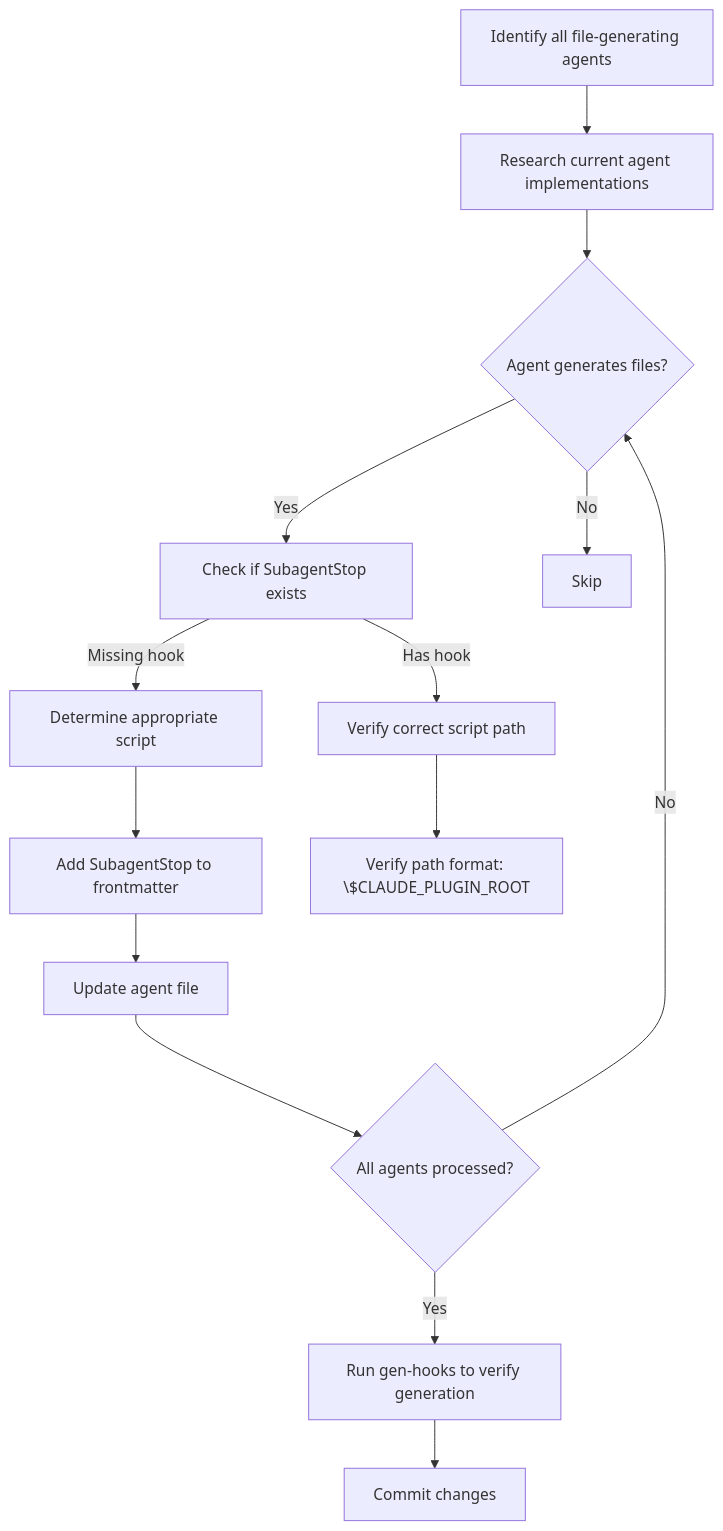
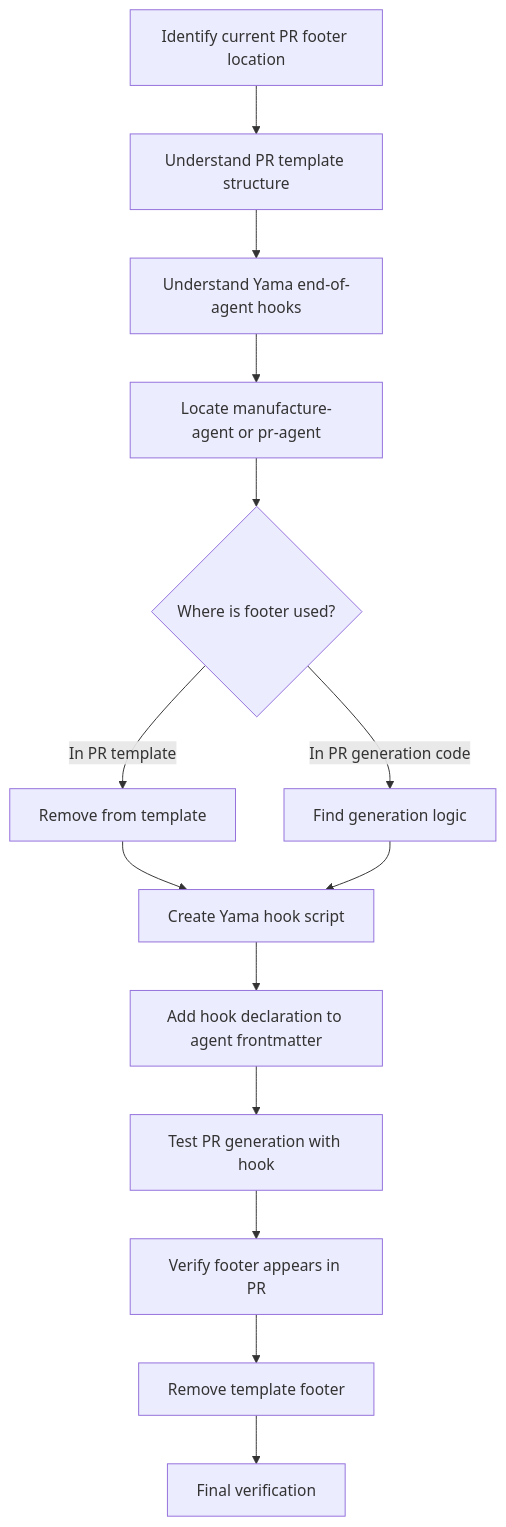
The diagram in plan.md (lewibs/dark-factory), drawn with Mermaid before and after one commit. The commit also changed other lines of this file and 4 other files, not shown here.

First line of the commit message:
feat(pr-agent): move PR footer from template to Yama end-of-agent hook

````diff
--- a/plan.md
+++ b/plan.md
@@ -15,16 +15,16 @@
 ```mermaid
 graph TD
-    A[Identify all file-generating agents] --> B[Research current agent implementations]
-    B --> C{Agent generates files?}
-    C -->|Yes| D[Check if SubagentStop exists]
-    C -->|No| E[Skip]
-    D -->|Has hook| F[Verify correct script path]
-    D -->|Missing hook| G[Determine appropriate script]
-    G --> H[Add SubagentStop to frontmatter]
-    F --> I[Verify path format: \$CLAUDE_PLUGIN_ROOT]
-    H --> J[Update agent file]
-    J --> K{All agents processed?}
-    K -->|No| C
-    K -->|Yes| L[Run gen-hooks to verify generation]
-    L --> M[Commit changes]
+    A[Identify current PR footer location] --> B[Understand PR template structure]
+    B --> C[Understand Yama end-of-agent hooks]
+    C --> D[Locate manufacture-agent or pr-agent]
+    D --> E{Where is footer used?}
+    E -->|In PR template| F[Remove from template]
+    E -->|In PR generation code| G[Find generation logic]
+    F --> H[Create Yama hook script]
+    G --> H
+    H --> I[Add hook declaration to agent frontmatter]
+    I --> J[Test PR generation with hook]
+    J --> K[Verify footer appears in PR]
+    K --> L[Remove template footer]
+    L --> M[Final verification]
 ```
````
